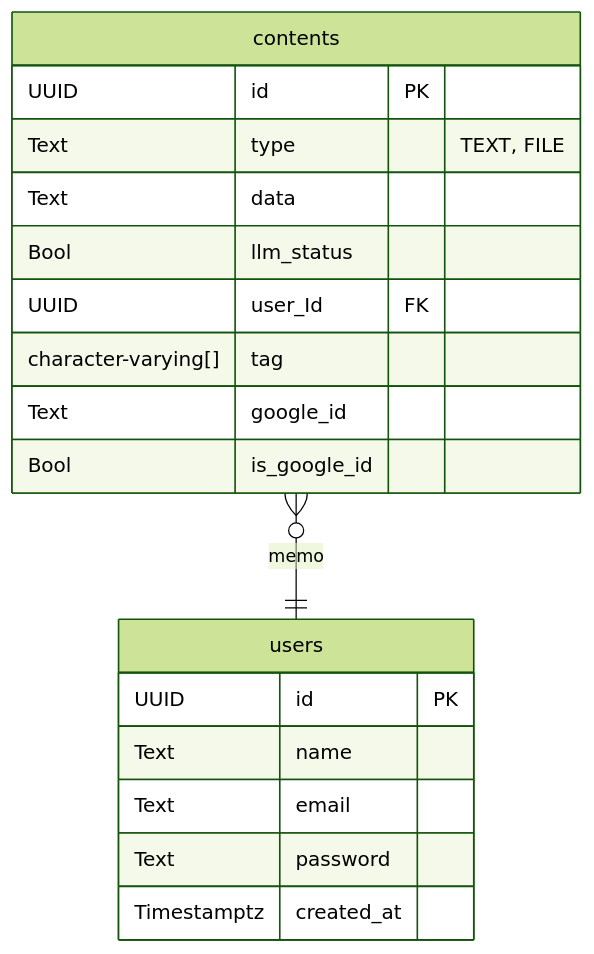
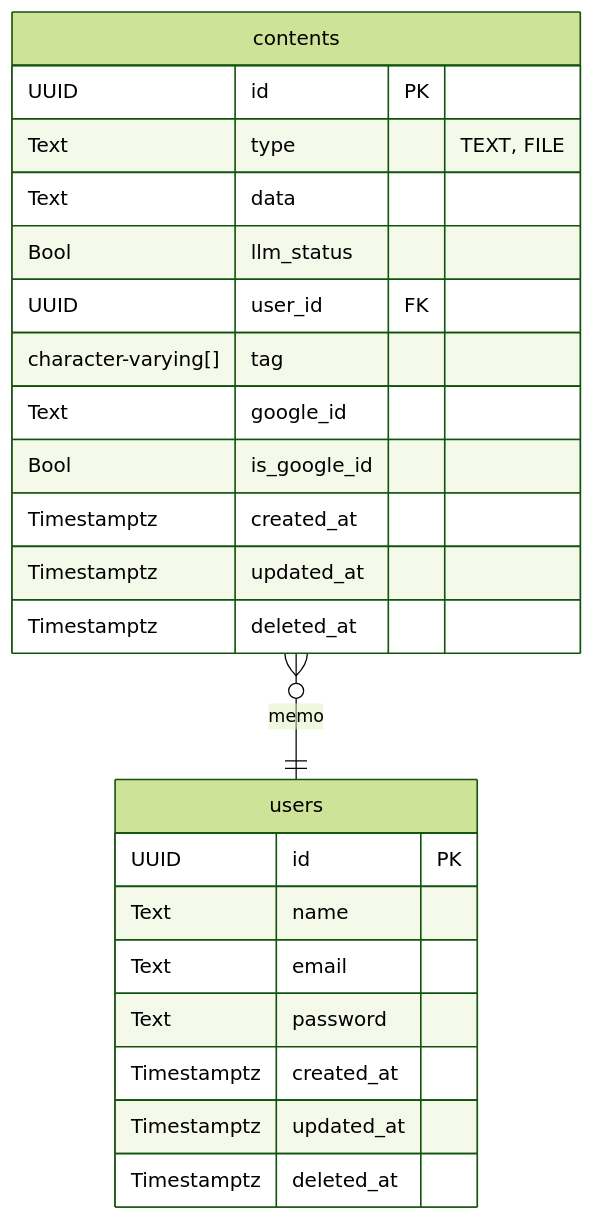
Before and after one commit to nebulayoon/hereitis: the diagram in docs/erd.md, drawn with Mermaid (forest theme). The commit also changed 12 other files, not shown here.

````diff
--- a/docs/erd.md
+++ b/docs/erd.md
@@ -3,23 +3,28 @@
 ```mermaid
 erDiagram
 "users"{
   UUID id PK
   Text name
   Text email
   Text password
   Timestamptz created_at
+  Timestamptz updated_at
+  Timestamptz deleted_at
 }
 
 "contents"{
   UUID id PK
   Text type "TEXT, FILE"
   Text data
   Bool llm_status
-  UUID user_Id FK
+  UUID user_id FK
   character-varying[] tag
   Text google_id
   Bool is_google_id
+  Timestamptz created_at
+  Timestamptz updated_at
+  Timestamptz deleted_at
 }
 
 "contents" }o--|| "users" :memo
 ```
````
